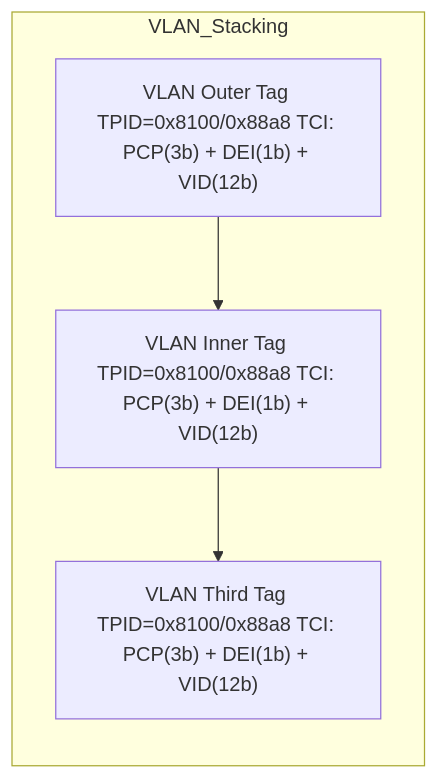
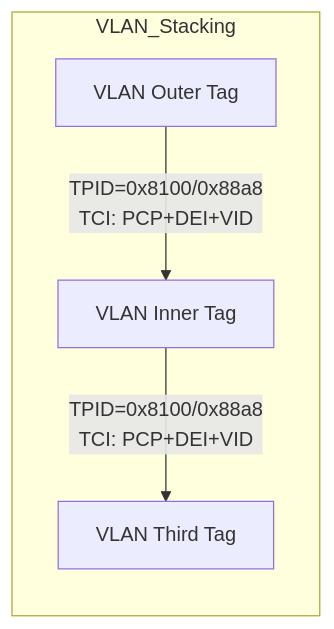
One commit to RuyeeAI/HardwareDesign changed the third of 4 diagrams in docs/PreParser.md. Above: the diagram before and after it, drawn with Mermaid. The commit also changed other lines of this file, not shown here.

Commit message:
Fix mermaid syntax errors in PreParser design document

````diff
--- a/docs/PreParser.md
+++ b/docs/PreParser.md
@@ -151,11 +145,11 @@
 ```mermaid
 flowchart LR
     subgraph VLAN_Stacking
-        direction TB
-        Outer["VLAN Outer Tag TPID=0x8100/0x88a8 TCI: PCP(3b) + DEI(1b) + VID(12b)"]
-        Inner["VLAN Inner Tag TPID=0x8100/0x88a8 TCI: PCP(3b) + DEI(1b) + VID(12b)"]
-        Third["VLAN Third Tag TPID=0x8100/0x88a8 TCI: PCP(3b) + DEI(1b) + VID(12b)"]
+        Outer["VLAN Outer Tag"]
+        Inner["VLAN Inner Tag"]
+        Third["VLAN Third Tag"]
     end
 
-    Outer --> Inner --> Third
+    Outer -->|"TPID=0x8100/0x88a8<br/>TCI: PCP+DEI+VID"| Inner
+    Inner -->|"TPID=0x8100/0x88a8<br/>TCI: PCP+DEI+VID"| Third
 ```
````
